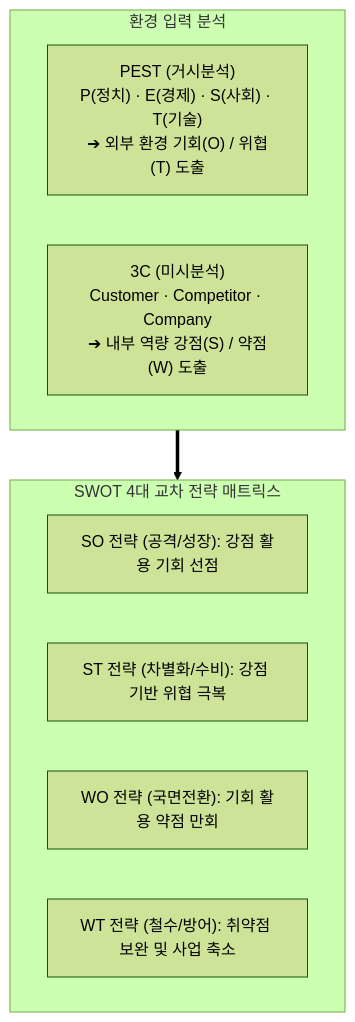
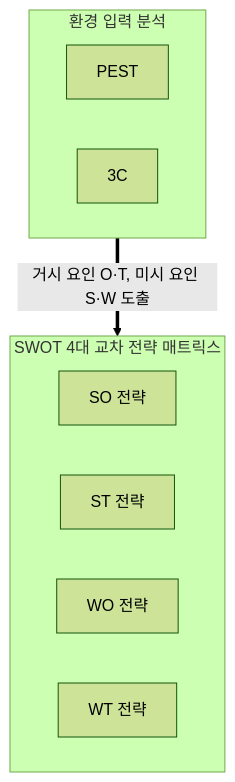
One commit to agnusdei1207/study changed the second of 2 diagrams in src/content/docs/notes/itpe/01-it-strategy/088_swot_3c_pest.md. Above: the diagram before and after it, drawn with Mermaid (forest theme). The commit also changed other lines of this file and 18 other files, not shown here.

````diff
--- a/src/content/docs/notes/itpe/01-it-strategy/088_swot_3c_pest.md
+++ b/src/content/docs/notes/itpe/01-it-strategy/088_swot_3c_pest.md
@@ -148,14 +131,14 @@
 ```mermaid
 flowchart TD
     subgraph INPUTS["환경 입력 분석"]
-        P["PEST (거시분석)<br/>P(정치) · E(경제) · S(사회) · T(기술)<br/>➔ 외부 환경 기회(O) / 위협(T) 도출"]
-        C["3C (미시분석)<br/>Customer · Competitor · Company<br/>➔ 내부 역량 강점(S) / 약점(W) 도출"]
+        P["PEST"]
+        C["3C"]
     end
     subgraph SWOT["SWOT 4대 교차 전략 매트릭스"]
-        SO["SO 전략 (공격/성장): 강점 활용 기회 선점"]
-        ST["ST 전략 (차별화/수비): 강점 기반 위협 극복"]
-        WO["WO 전략 (국면전환): 기회 활용 약점 만회"]
-        WT["WT 전략 (철수/방어): 취약점 보완 및 사업 축소"]
+        SO["SO 전략"]
+        ST["ST 전략"]
+        WO["WO 전략"]
+        WT["WT 전략"]
     end
-    INPUTS ==> SWOT
+    INPUTS ==>|거시 요인 O·T, 미시 요인 S·W 도출| SWOT
 ```
````
